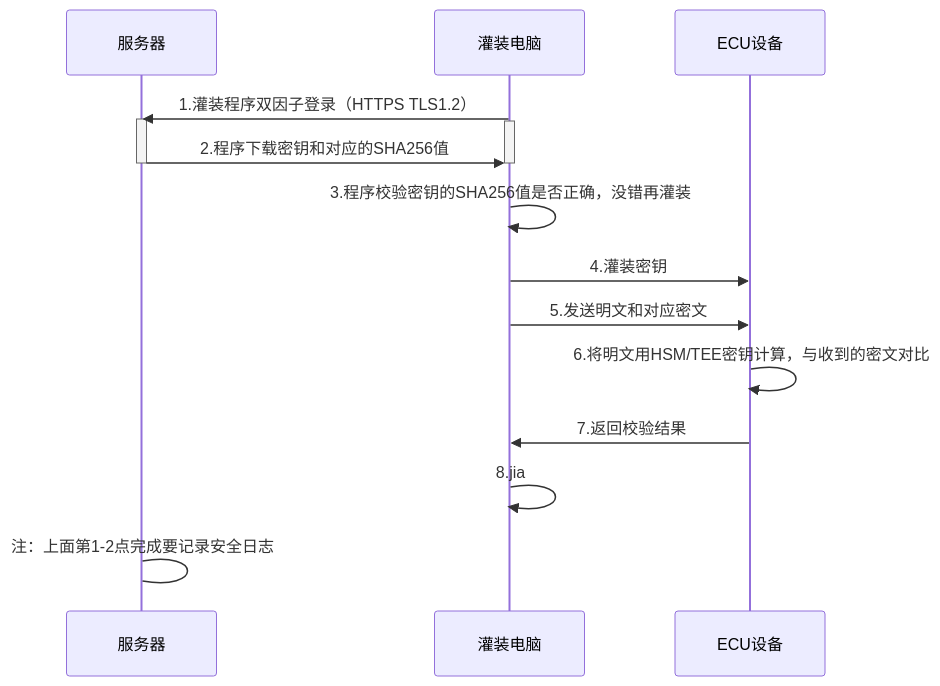
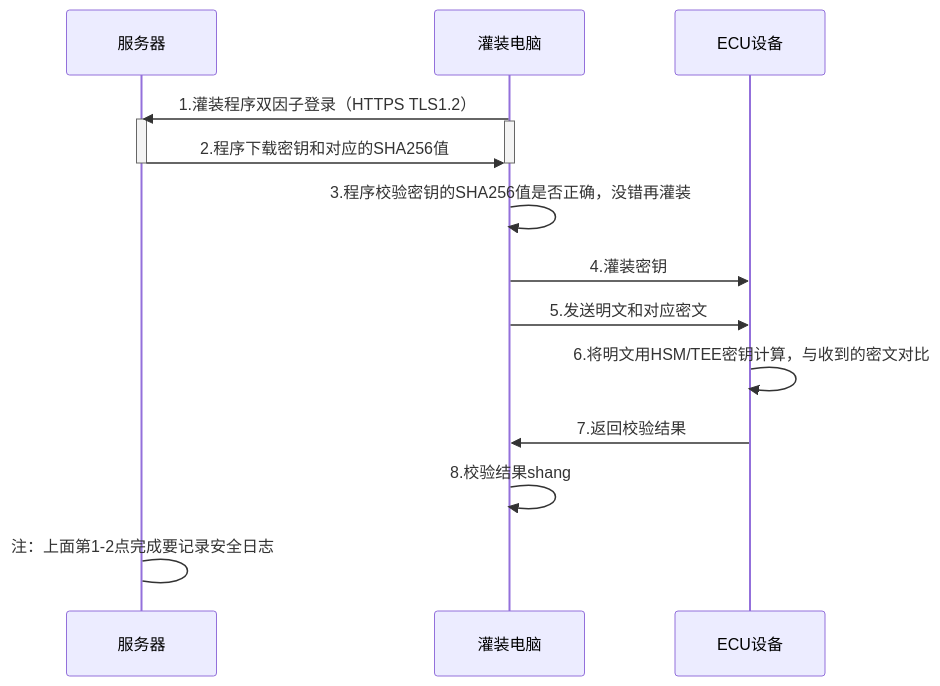
The diagram in all/未命名-25.md (facebook-cloud/iodraw-files), drawn with Mermaid before and after one commit.

Commit message:
2026-04-21 15:26:51 update

````diff
--- a/all/未命名-25.md
+++ b/all/未命名-25.md
@@ -1,25 +1,25 @@
 ```mermaid
 sequenceDiagram
   
     participant B as 服务器
     participant D as 灌装电脑
     participant E as ECU设备
 
     D->>B: 1.灌装程序双因子登录（HTTPS TLS1.2）
     activate B
     activate D
 
     B->>D: 2.程序下载密钥和对应的SHA256值 
 
     deactivate B
     deactivate D
     
     D->>D: 3.程序校验密钥的SHA256值是否正确，没错再灌装
     D->>E: 4.灌装密钥
     D->>E: 5.发送明文和对应密文
     E->>E: 6.将明文用HSM/TEE密钥计算，与收到的密文对比
     E->>D: 7.返回校验结果
-    D->>D: 8.jia
+    D->>D: 8.校验结果shang
 
     B->B: 注：上面第1-2点完成要记录安全日志
 ```
````
